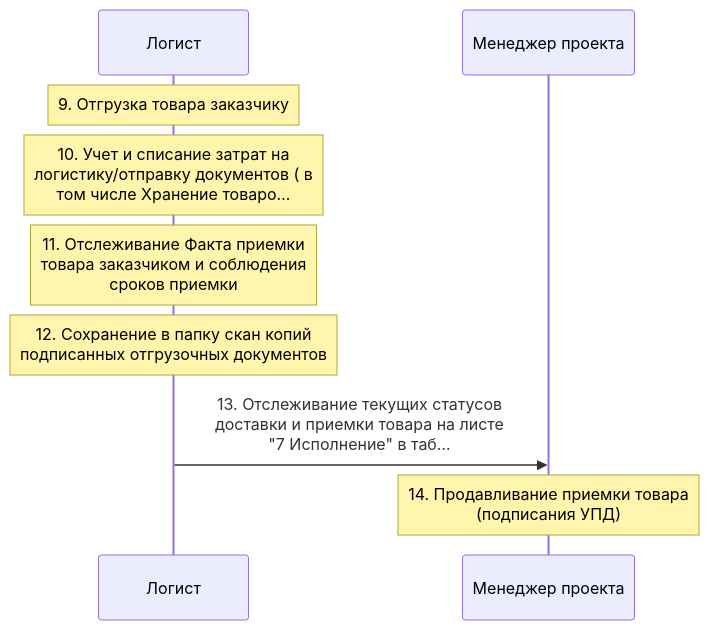
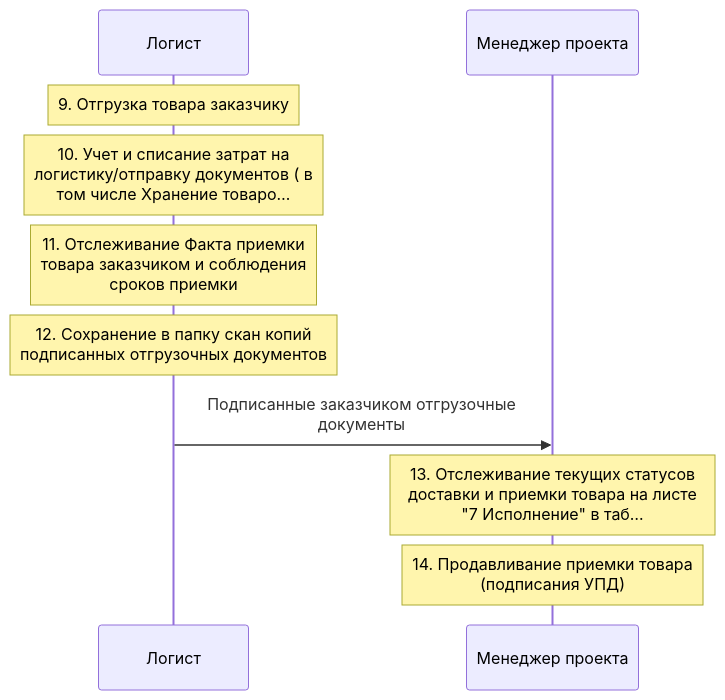
The first of 4 diagrams in inst/md-out/pro/r08-otgruzka/index.md (vlad78831457/orb-work), drawn with Mermaid before and after one commit. The commit also changed other lines of this file and 86 other files, not shown here.

````diff
--- a/inst/md-out/pro/r08-otgruzka/index.md
+++ b/inst/md-out/pro/r08-otgruzka/index.md
@@ -14,11 +14,12 @@
 ```mermaid
 sequenceDiagram
   participant r_logist as Логист
   participant r_proekt as Менеджер проекта
   Note over r_logist: 9. Отгрузка товара заказчику
   Note over r_logist: 10. Учет и списание затрат на<br/>логистику/отправку документов ( в<br/>том числе Хранение товаро…
   Note over r_logist: 11. Отслеживание Факта приемки<br/>товара заказчиком и соблюдения<br/>сроков приемки
   Note over r_logist: 12. Сохранение в папку скан копий<br/>подписанных отгрузочных документов
-  r_logist->>r_proekt: 13. Отслеживание текущих статусов<br/>доставки и приемки товара на листе<br/>#quot;7 Исполнение#quot; в таб…
+  r_logist->>r_proekt: Подписанные заказчиком отгрузочные<br/>документы
+  Note over r_proekt: 13. Отслеживание текущих статусов<br/>доставки и приемки товара на листе<br/>#quot;7 Исполнение#quot; в таб…
   Note over r_proekt: 14. Продавливание приемки товара<br/>(подписания УПД)
 ```
````
